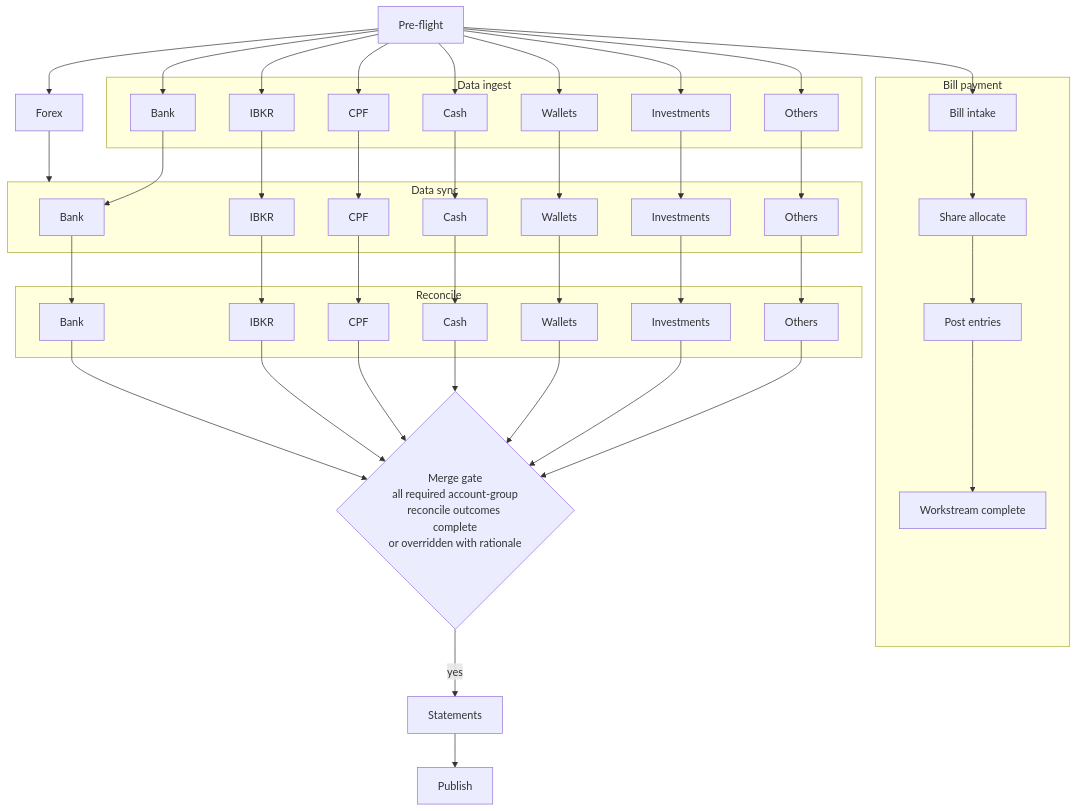
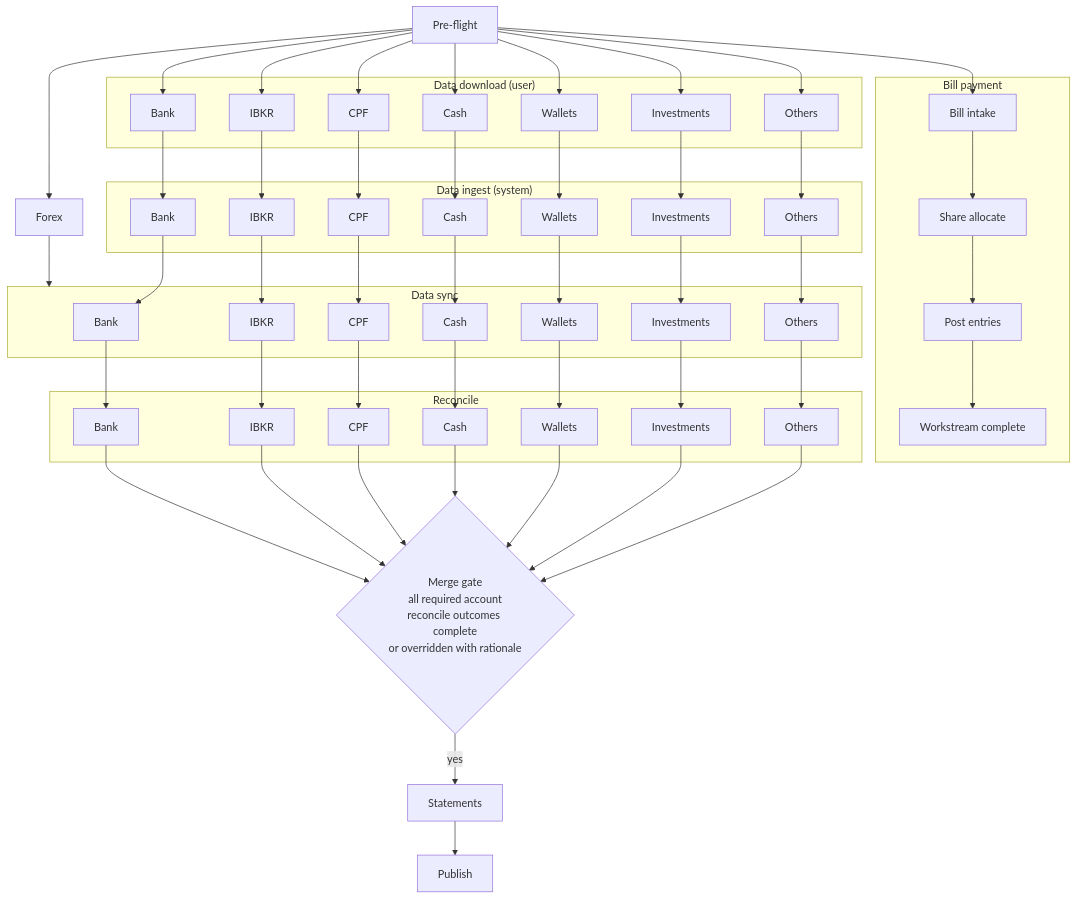
One commit to yayfalafels/financial-statements changed the diagram in docs/releases/010/requirements/workflow-orchestration.md. Above: the diagram before and after it, drawn with Mermaid. The commit also changed other lines of this file and 4 other files, not shown here.

````diff
--- a/docs/releases/010/requirements/workflow-orchestration.md
+++ b/docs/releases/010/requirements/workflow-orchestration.md
@@ -76,15 +88,25 @@
 ```mermaid
 flowchart TD
 		A[Pre-flight] --> B[Forex]
-		A --> DI1
-		A --> DI2
-		A --> DI3
-		A --> DI4
-		A --> DI5
-		A --> DI6
-		A --> DI7
+		A --> DD1
+		A --> DD2
+		A --> DD3
+		A --> DD4
+		A --> DD5
+		A --> DD6
+		A --> DD7
 
-		subgraph DI[Data ingest]
+		subgraph DD["Data download (user)"]
+			DD1[Bank]
+			DD2[IBKR]
+			DD3[CPF]
+			DD4[Cash]
+			DD5[Wallets]
+			DD6[Investments]
+			DD7[Others]
+		end
+
+		subgraph DI["Data ingest (system)"]
 			DI1[Bank]
 			DI2[IBKR]
 			DI3[CPF]
@@ -105,6 +127,14 @@
 		end
 
 		B --> DS
+
+		DD1 --> DI1
+		DD2 --> DI2
+		DD3 --> DI3
+		DD4 --> DI4
+		DD5 --> DI5
+		DD6 --> DI6
+		DD7 --> DI7
 
 		DI1 --> DS1
 		DI2 --> DS2
@@ -132,7 +162,7 @@
 		DS6 --> RC6
 		DS7 --> RC7
 
-		RC1 --> MG{Merge gate\nall required account-group\nreconcile outcomes complete\nor overridden with rationale}
+		RC1 --> MG{Merge gate\nall required account\nreconcile outcomes complete\nor overridden with rationale}
 		RC2 --> MG
 		RC3 --> MG
 		RC4 --> MG
````
